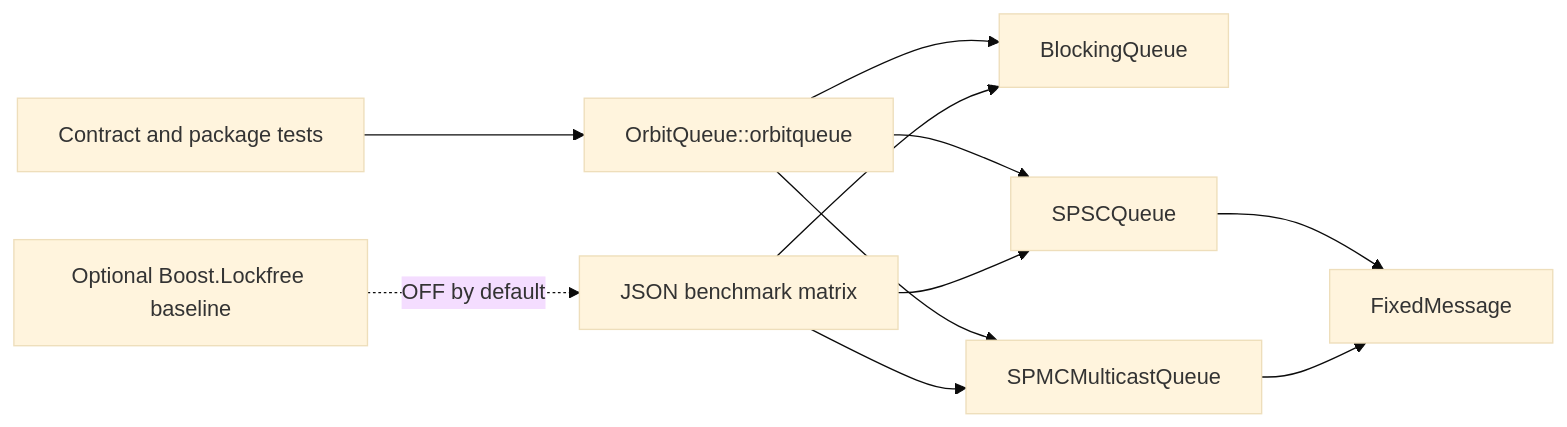
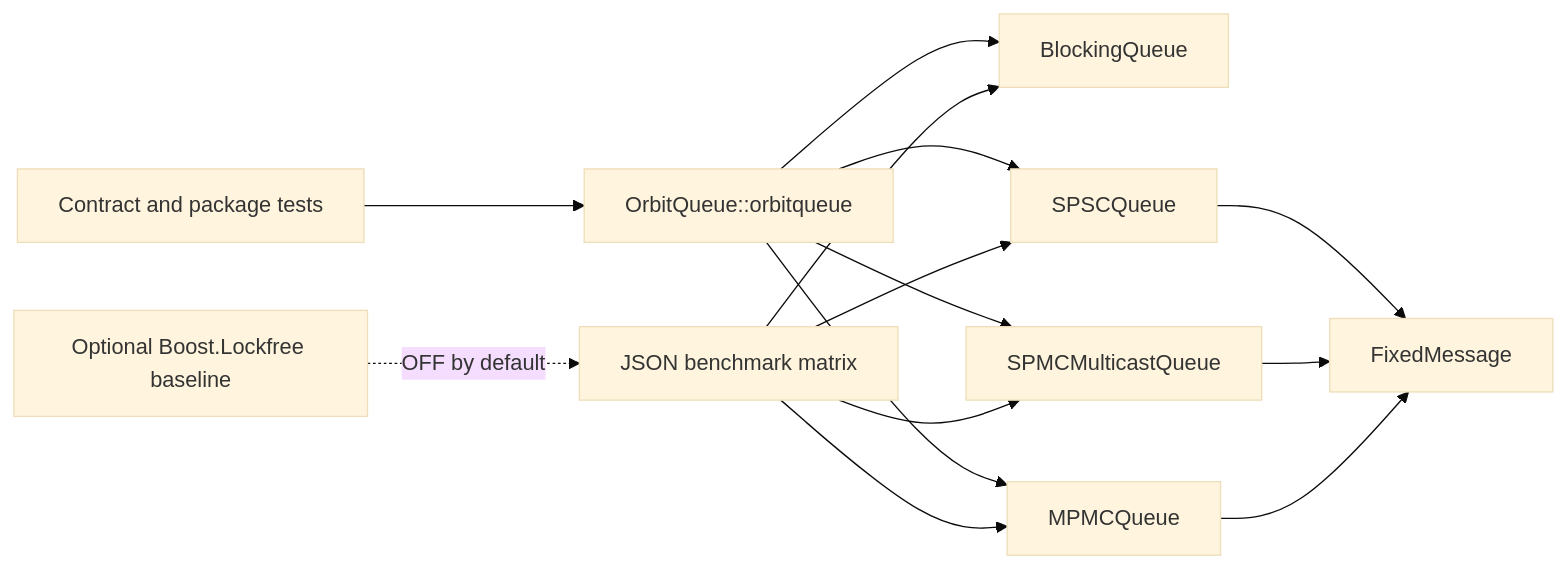
The diagram in docs/architecture.md (suhaasgaddala/bounded-concurrent-queues), drawn with Mermaid (base theme) before and after one commit. The commit also changed other lines of this file and 15 other files, not shown here.

````diff
--- a/docs/architecture.md
+++ b/docs/architecture.md
@@ -8,13 +8,16 @@
 ```mermaid
 flowchart LR
     API["OrbitQueue::orbitqueue"] --> BQ["BlockingQueue<T>"]
+    API --> MPMC["MPMCQueue<N>"]
     API --> SPSC["SPSCQueue<N>"]
     API --> SPMC["SPMCMulticastQueue<N>"]
     SPSC --> FM["FixedMessage<N>"]
     SPMC --> FM
+    MPMC --> FM
     TESTS["Contract and package tests"] --> API
     BENCH["JSON benchmark matrix"] --> BQ
+    BENCH --> MPMC
     BENCH --> SPSC
     BENCH --> SPMC
     BOOST["Optional Boost.Lockfree baseline"] -. "OFF by default" .-> BENCH
 ```
````
